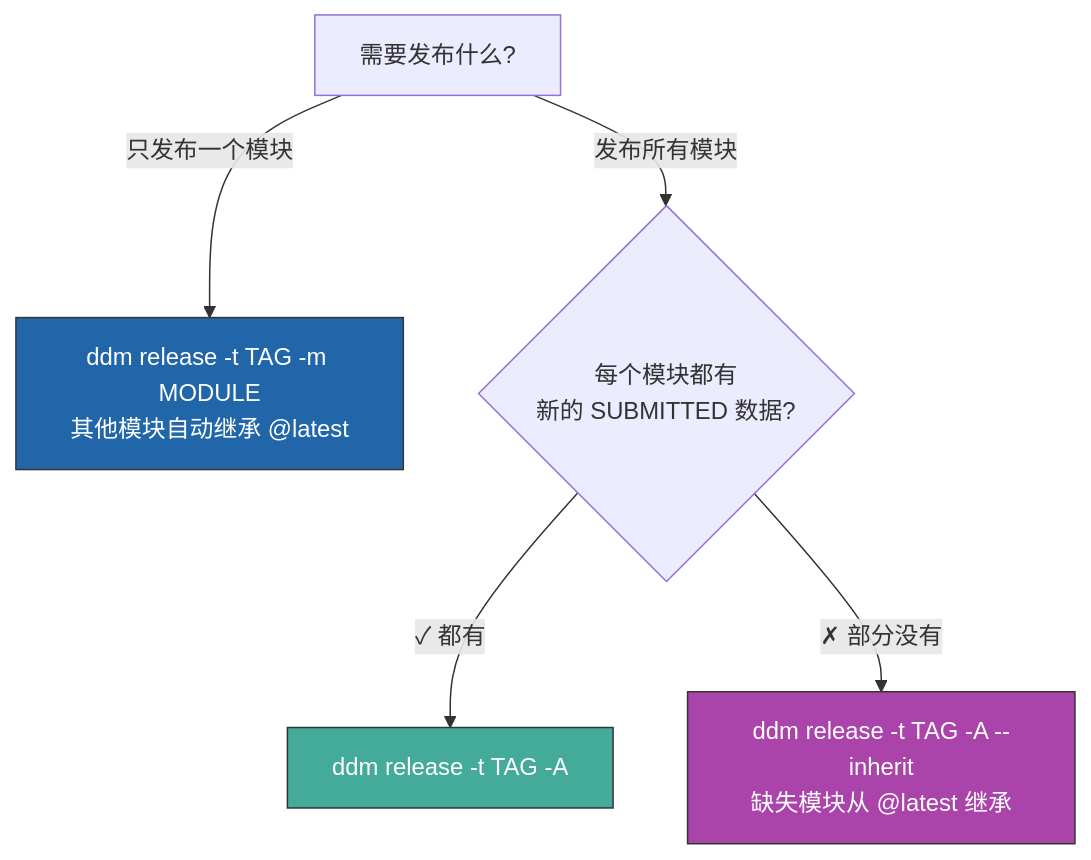
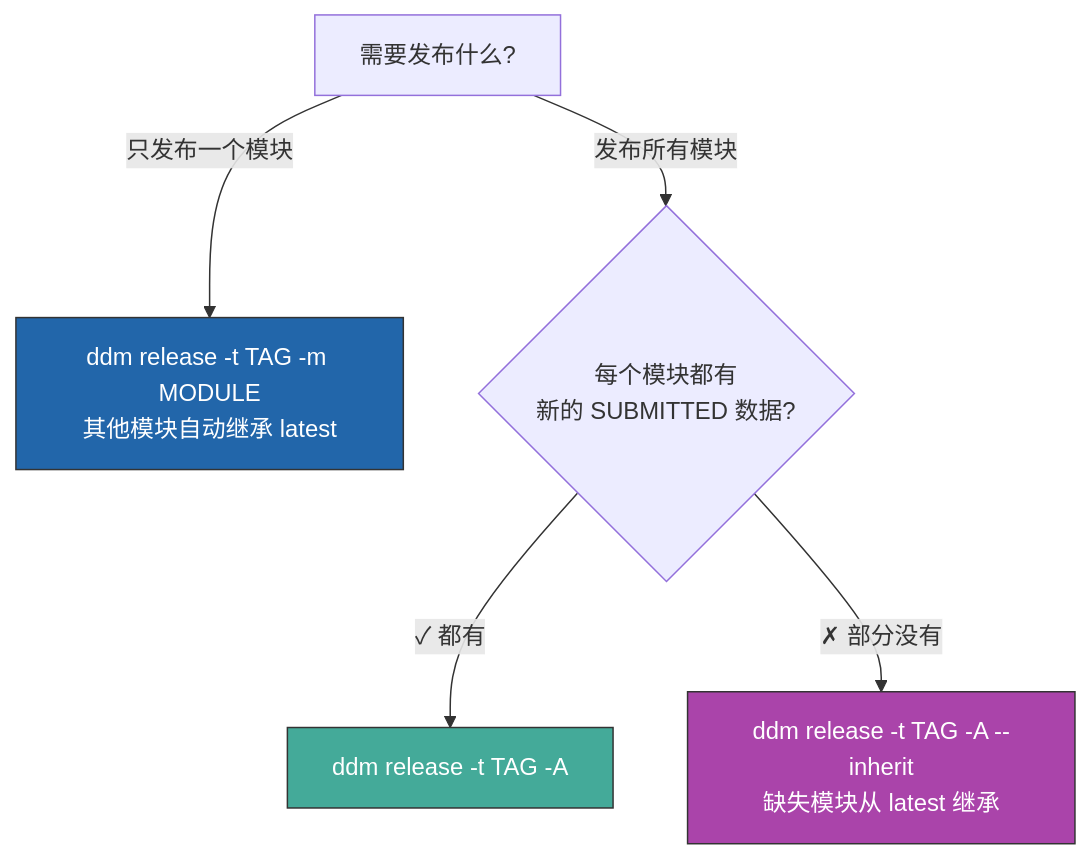
One commit to winsight/ddm changed diagram 16 of 17 in docs/WORKFLOWS.md. Above: the diagram before and after it, drawn with Mermaid. The commit also changed other lines of this file and 8 other files, not shown here.

````diff
--- a/docs/WORKFLOWS.md
+++ b/docs/WORKFLOWS.md
@@ -655,14 +655,14 @@
 ```mermaid
 flowchart TD
     Q1["需要发布什么?"]
 
-    Q1 -->|"只发布一个模块"| M1["ddm release -t TAG -m MODULE<br/>其他模块自动继承 @latest"]
+    Q1 -->|"只发布一个模块"| M1["ddm release -t TAG -m MODULE<br/>其他模块自动继承 latest"]
     Q1 -->|"发布所有模块"| Q2{"每个模块都有<br/>新的 SUBMITTED 数据?"}
 
     Q2 -->|"✓ 都有"| M2["ddm release -t TAG -A"]
-    Q2 -->|"✗ 部分没有"| M3["ddm release -t TAG -A --inherit<br/>缺失模块从 @latest 继承"]
+    Q2 -->|"✗ 部分没有"| M3["ddm release -t TAG -A --inherit<br/>缺失模块从 latest 继承"]
 
     style M1 fill:#26a,stroke:#333,color:#fff
     style M2 fill:#4a9,stroke:#333,color:#fff
     style M3 fill:#a4a,stroke:#333,color:#fff
 ```
````
